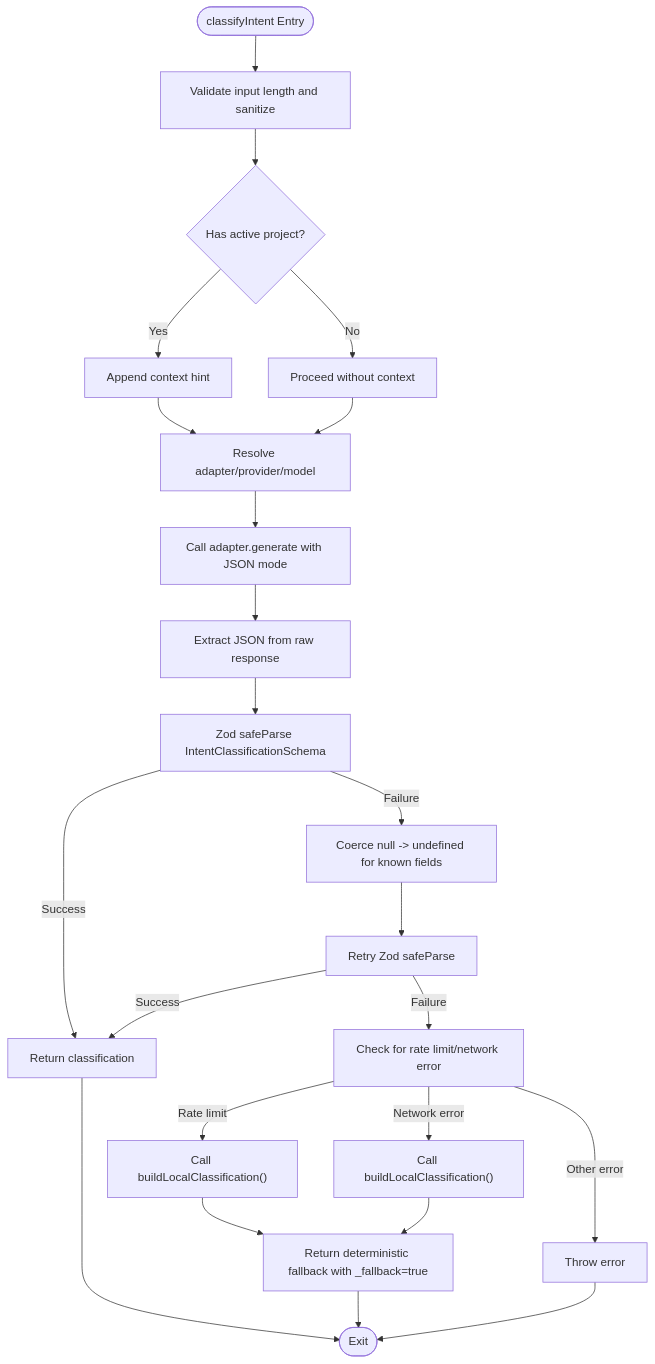
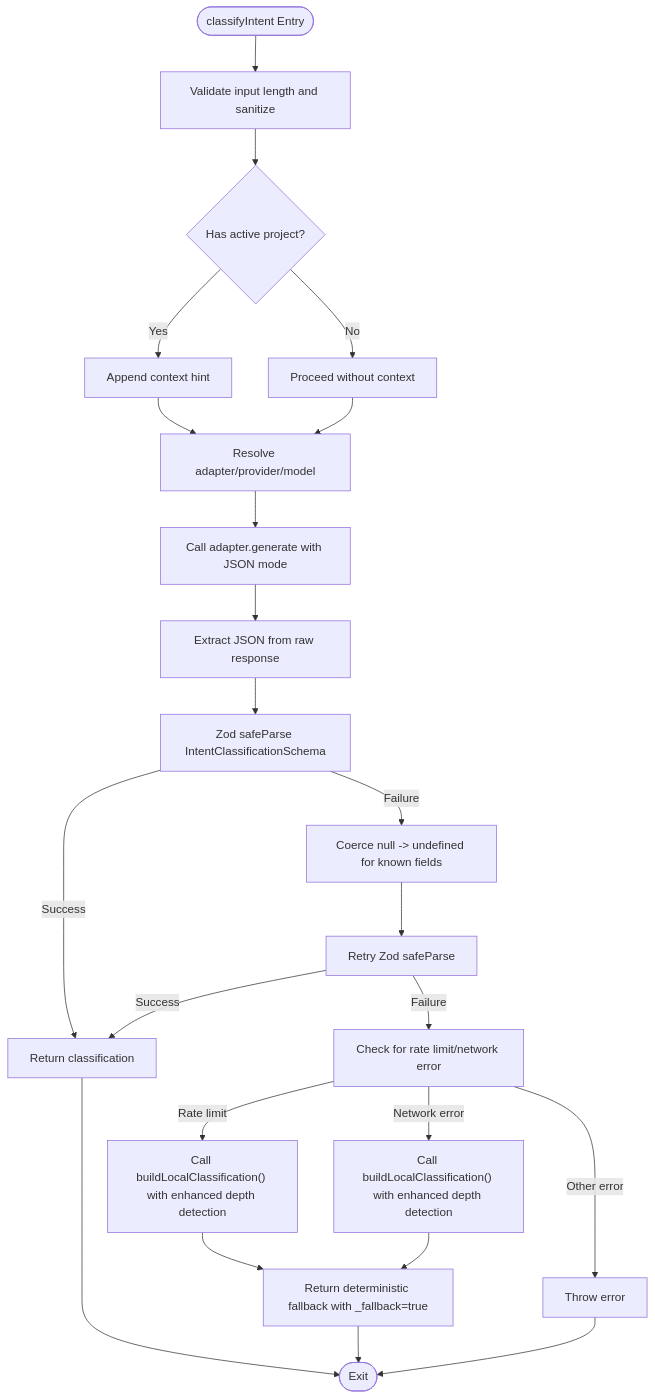
Before and after one commit to shekhargiri005-dotcom/AI-powered-accessibility-first-UI-engine: the third of 11 diagrams in .qoder/repowiki/en/content/AI Generation Engine/Core Generation Pipeline/Intent Processing & Blueprint Selection.md, drawn with Mermaid. The commit also changed other lines of this file and 6 other files, not shown here.

````diff
--- a/.qoder/repowiki/en/content/AI Generation Engine/Core Generation Pipeline/Intent Processing & Blueprint Selection.md
+++ b/.qoder/repowiki/en/content/AI Generation Engine/Core Generation Pipeline/Intent Processing & Blueprint Selection.md
@@ -151,25 +165,25 @@
 ```mermaid
 flowchart TD
 Start(["classifyIntent Entry"]) --> Validate["Validate input length and sanitize"]
 Validate --> HasContext{"Has active project?"}
 HasContext --> |Yes| AddContext["Append context hint"]
 HasContext --> |No| SkipContext["Proceed without context"]
 AddContext --> ResolveAdapter["Resolve adapter/provider/model"]
 SkipContext --> ResolveAdapter
 ResolveAdapter --> CallAdapter["Call adapter.generate with JSON mode"]
 CallAdapter --> ParseJSON["Extract JSON from raw response"]
 ParseJSON --> ValidateSchema["Zod safeParse IntentClassificationSchema"]
 ValidateSchema --> |Success| ReturnOK["Return classification"]
 ValidateSchema --> |Failure| Coerce["Coerce null -> undefined for known fields"]
 Coerce --> ValidateSchema2["Retry Zod safeParse"]
 ValidateSchema2 --> |Success| ReturnOK
 ValidateSchema2 --> |Failure| CheckError["Check for rate limit/network error"]
-CheckError --> |Rate limit| LocalFallback["Call buildLocalClassification()"]
+CheckError --> |Rate limit| LocalFallback["Call buildLocalClassification() with enhanced depth detection"]
 LocalFallback --> ReturnFallback["Return deterministic fallback with _fallback=true"]
-CheckError --> |Network error| LocalFallback2["Call buildLocalClassification()"]
+CheckError --> |Network error| LocalFallback2["Call buildLocalClassification() with enhanced depth detection"]
 LocalFallback2 --> ReturnFallback
 CheckError --> |Other error| ReturnErr["Throw error"]
 ReturnOK --> End(["Exit"])
 ReturnFallback --> End
 ReturnErr --> End
 ```
````
